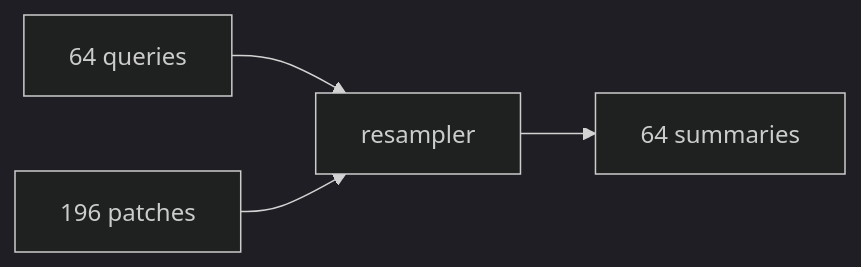
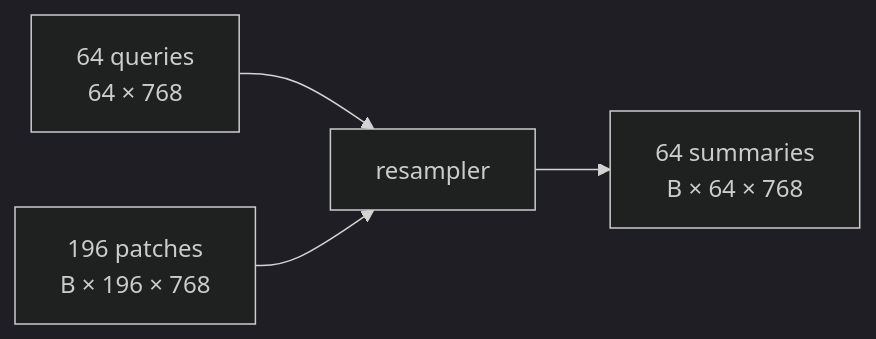
Before and after one commit to AsishKumarDalal/medicalvllm: the third of 9 diagrams in experiment/connector.md, drawn with Mermaid (dark theme). The commit also changed other lines of this file, not shown here.

Commit message:
Annotate every connector diagram node with output dimensions

````diff
--- a/experiment/connector.md
+++ b/experiment/connector.md
@@ -60,6 +60,6 @@
 ```mermaid
 flowchart LR
-    Q["64 queries"] --> R["resampler"]
-    P["196 patches"] --> R
-    R --> O["64 summaries"]
+    Q["64 queries<br/>64 × 768"] --> R["resampler"]
+    P["196 patches<br/>B × 196 × 768"] --> R
+    R --> O["64 summaries<br/>B × 64 × 768"]
 ```
````
